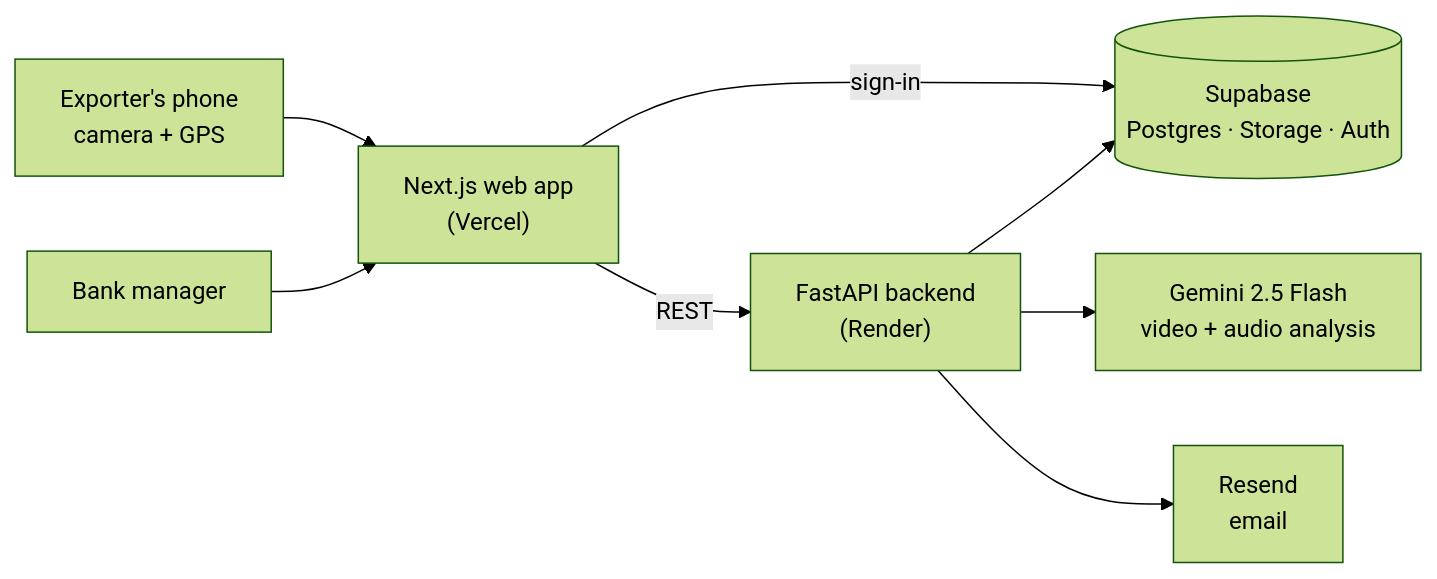
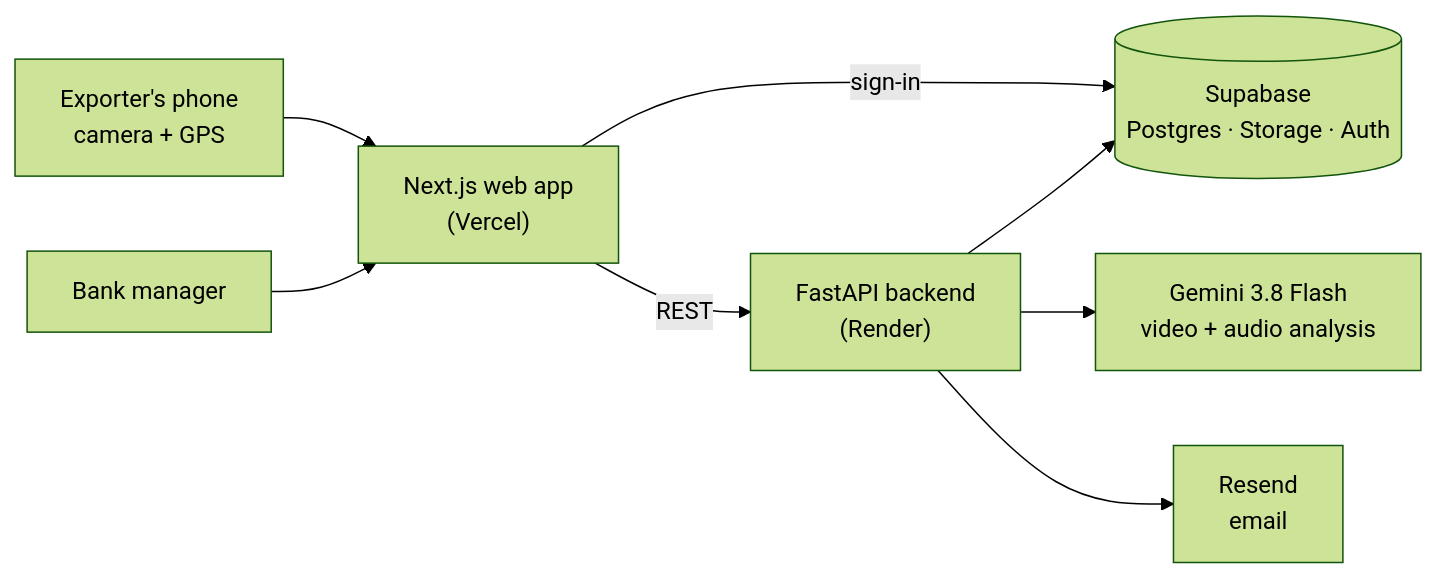
One commit to pratikgpt/verif-ai changed the diagram in README.md. Above: the diagram before and after it, drawn with Mermaid (forest theme). The commit also changed other lines of this file and 6 other files, not shown here.

First line of the commit message:
fix: move to Gemini 3.8 Flash and fix audit and security issues (#3)

````diff
--- a/README.md
+++ b/README.md
@@ -26,10 +26,10 @@
 ```mermaid
 flowchart LR
     E["Exporter's phone<br/>camera + GPS"] --> W["Next.js web app<br/>(Vercel)"]
     M["Bank manager"] --> W
     W -- "sign-in" --> S[("Supabase<br/>Postgres · Storage · Auth")]
     W -- "REST" --> A["FastAPI backend<br/>(Render)"]
     A --> S
-    A --> G["Gemini 2.5 Flash<br/>video + audio analysis"]
+    A --> G["Gemini 3.8 Flash<br/>video + audio analysis"]
     A --> R["Resend<br/>email"]
 ```
````
